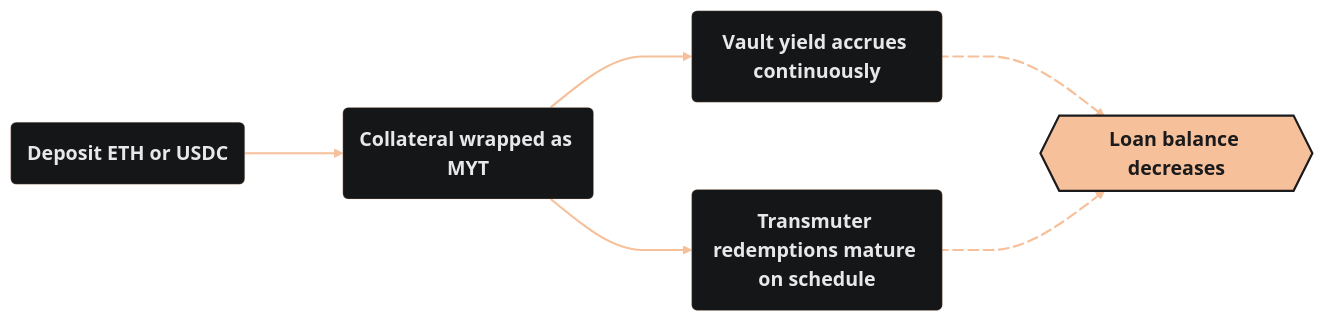
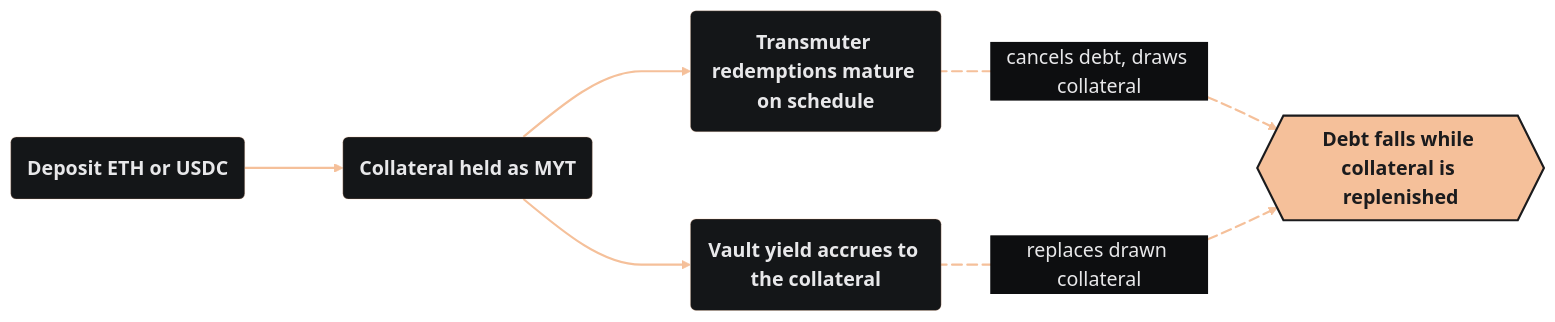
Before and after one commit to alchemix-finance/alchemix-v3-docs: the diagram in docs/user/concepts/self-repaying-loans.md, drawn with Mermaid. The commit also changed other lines of this file and 35 other files, not shown here.

````diff
--- a/docs/user/concepts/self-repaying-loans.md
+++ b/docs/user/concepts/self-repaying-loans.md
@@ -25,29 +25,29 @@
 ```mermaid
 %%{init: {
   'theme': 'base',
   'themeVariables': {
     'fontFamily': 'Montserrat',
     'primaryColor': '#141618',
     'primaryBorderColor': 'rgba(245,192,154,0.25)',
     'primaryTextColor': '#e8e8ea',
     'lineColor': '#f5c09a',
     'edgeLabelBackground': '#0d0e10',
     'tertiaryColor': '#141618',
     'fontSize': '18px'
   },
   'flowchart': { 'curve': 'monotoneX', 'nodeSpacing': 80, 'rankSpacing': 90 }
 }}%%
 flowchart LR
     classDef default font-weight:bold;
 
-    A(Deposit ETH or USDC) --> B(Collateral wrapped as MYT)
-    B --> C(Vault yield accrues continuously)
+    A(Deposit ETH or USDC) --> B(Collateral held as MYT)
+    B --> C(Vault yield accrues to the collateral)
     B --> D(Transmuter redemptions mature on schedule)
-    C e1@--> E{{Loan balance decreases}}
-    D e2@--> E
+    D e1@-->|cancels debt, draws collateral| E{{Debt falls while collateral is replenished}}
+    C e2@-->|replaces drawn collateral| E
 
     style E fill:#f5c09a,stroke:#1b1b1d,stroke-width:2px,color:#1b1b1d
     linkStyle 0,1,2,3,4 stroke:#f5c09a,stroke-width:2px
     e1@{ animation: slow }
     e2@{ animation: slow }
 ```
````
